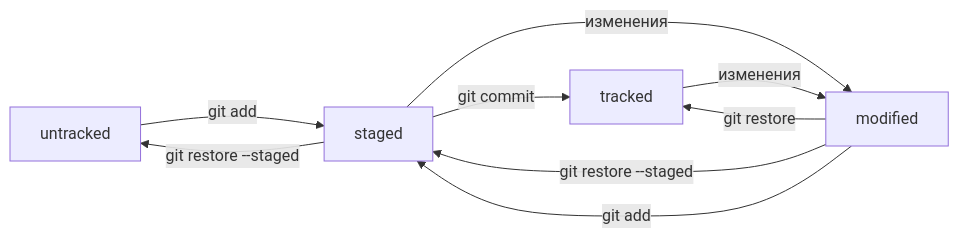
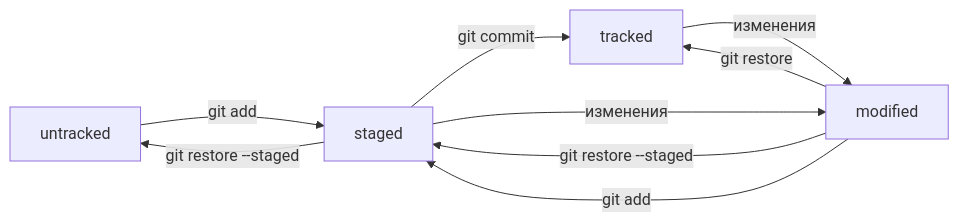
The diagram in README.md (phantom-333/git-help), drawn with Mermaid before and after one commit. The commit also changed other lines of this file, not shown here.

Commit message:
Дополнить информацию про git restore

````diff
--- a/README.md
+++ b/README.md
@@ -80,12 +80,12 @@
 ```mermaid
 %% Статусы файлов:
 graph LR;
   untracked -- "git add"       --> staged;
   staged    -- "git restore --staged"  --> untracked;
   staged    -- "git commit"    --> tracked;
+  modified  -- "git restore --staged"   --> staged;
   staged    -- "изменения"     --> modified;
   tracked   -- "изменения"     --> modified;
   modified  -- "git restore"   --> tracked;
-  modified  -- "git restore --staged"   --> staged;
   modified  -- "git add"       --> staged;
 ```
````
